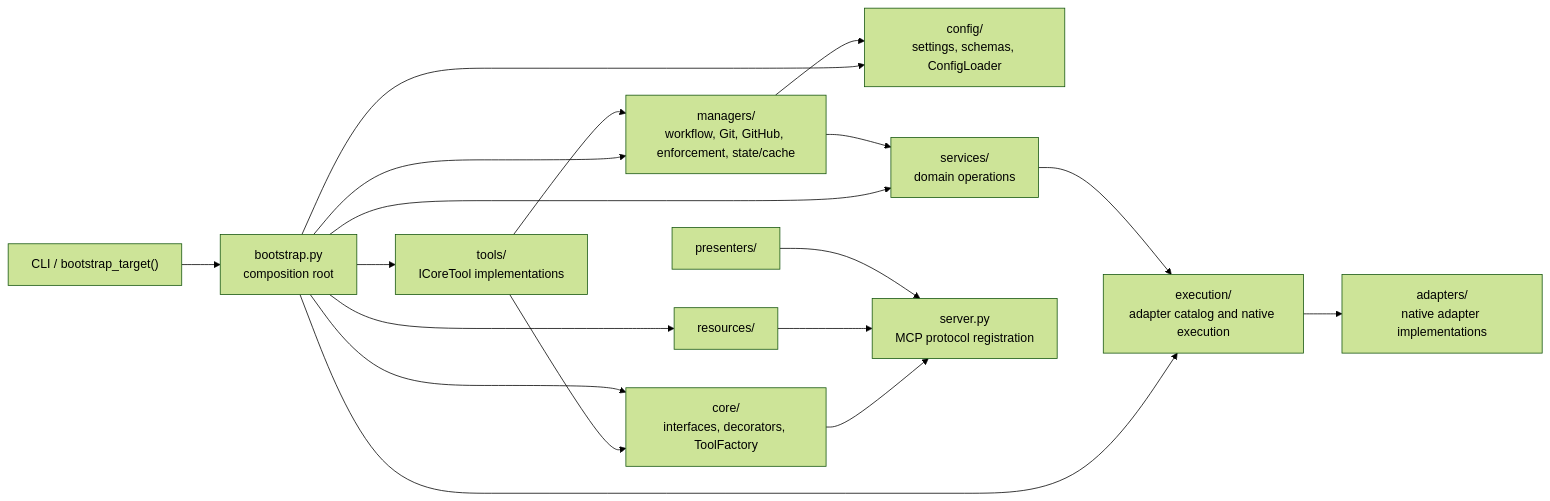
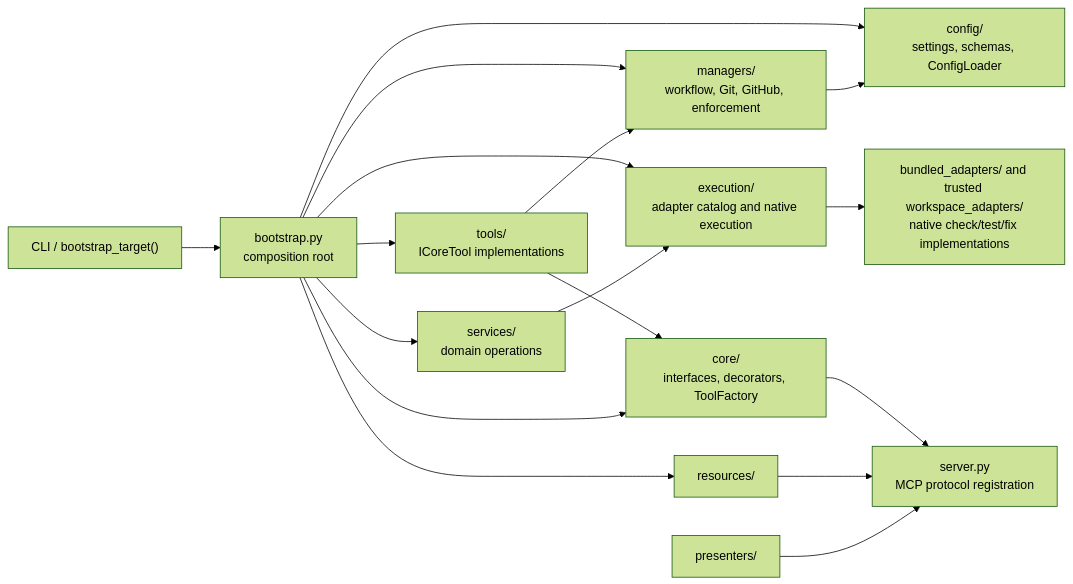
The diagram in docs/manuals/architectural_diagrams/01_module_decomposition.md (MikeyVK/phase-gate-mcp), drawn with Mermaid (forest theme) before and after one commit. The commit also changed other lines of this file, not shown here.

Commit message:
docs(P_IMPLEMENTATION_SP_C92_REFACTOR): correct diagram cache and native adapter ownership (#460)

````diff
--- a/docs/manuals/architectural_diagrams/01_module_decomposition.md
+++ b/docs/manuals/architectural_diagrams/01_module_decomposition.md
@@ -13,33 +13,32 @@
 ```mermaid
 graph LR
     CLI["CLI / bootstrap_target()"]
     Bootstrap["bootstrap.py<br/>composition root"]
     Config["config/<br/>settings, schemas, ConfigLoader"]
-    Managers["managers/<br/>workflow, Git, GitHub, enforcement, state/cache"]
+    Managers["managers/<br/>workflow, Git, GitHub, enforcement"]
     Services["services/<br/>domain operations"]
     Execution["execution/<br/>adapter catalog and native execution"]
-    Adapters["adapters/<br/>native adapter implementations"]
+    Adapters["bundled_adapters/ and trusted workspace_adapters/<br/>native check/test/fix implementations"]
     Tools["tools/<br/>ICoreTool implementations"]
     Core["core/<br/>interfaces, decorators, ToolFactory"]
     Server["server.py<br/>MCP protocol registration"]
     Resources["resources/"]
     Presenters["presenters/"]
 
     CLI --> Bootstrap
     Bootstrap --> Config
     Bootstrap --> Managers
     Bootstrap --> Services
     Bootstrap --> Execution
     Bootstrap --> Tools
     Bootstrap --> Resources
     Managers --> Config
-    Managers --> Services
     Services --> Execution
     Execution --> Adapters
     Tools --> Core
     Tools --> Managers
     Bootstrap --> Core
     Core --> Server
     Resources --> Server
     Presenters --> Server
 ```
````
